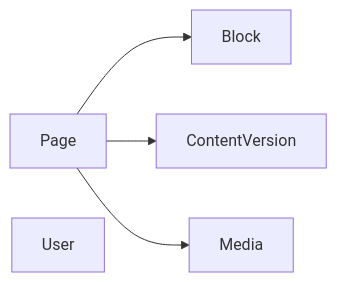
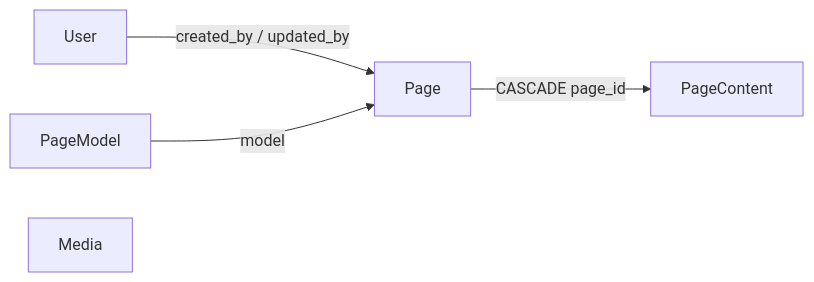
The diagram in aidd_docs/memory/database.md (humanuoid/timothee-consulting.fr), drawn with Mermaid before and after one commit. The commit also changed other lines of this file and 35 other files, not shown here.

````diff
--- a/aidd_docs/memory/database.md
+++ b/aidd_docs/memory/database.md
@@ -10,7 +10,7 @@
 ```mermaid
 flowchart LR
-    Page --> Block
-    Page --> ContentVersion
-    Page --> Media
-    User
+    User -->|created_by / updated_by| Page
+    PageModel -->|model| Page
+    Page -->|CASCADE page_id| PageContent
+    Media
 ```
````
